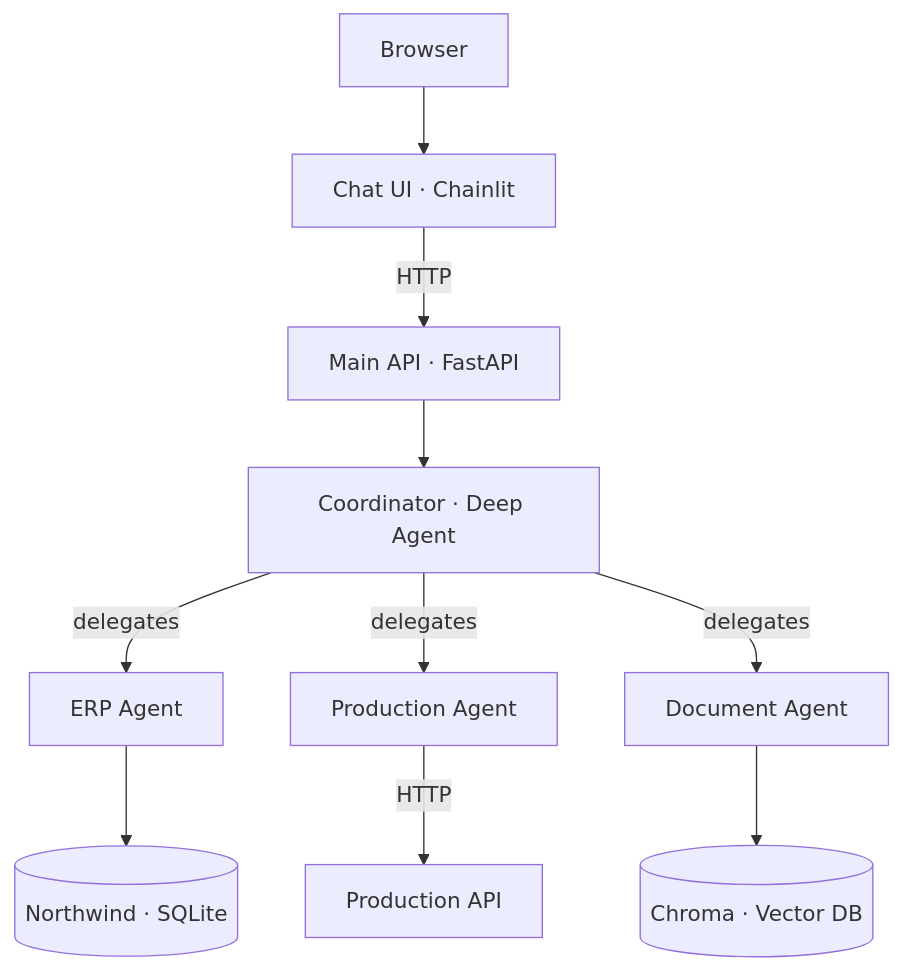
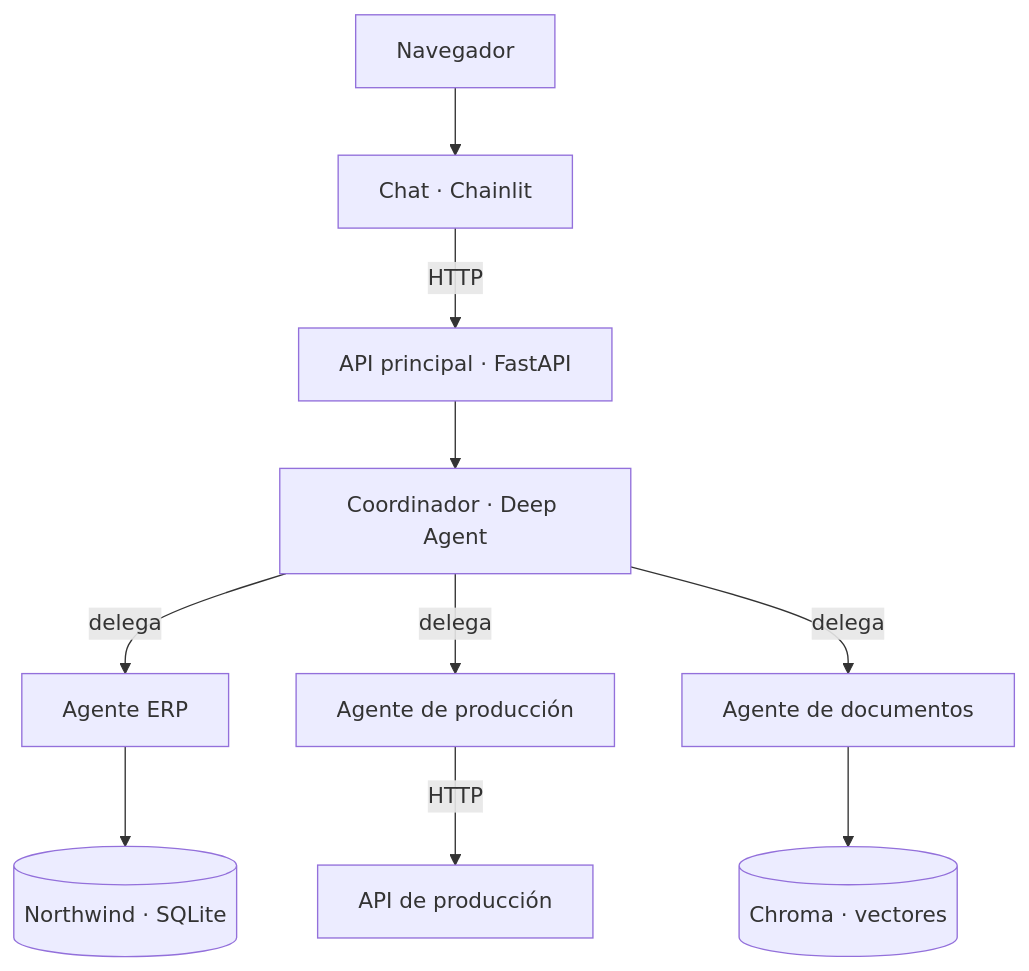
Before and after one commit to alexey-omelchuk/multi-agent-erp-rag-business-assistant: the diagram in README.md, drawn with Mermaid. The commit also changed other lines of this file and 28 other files, not shown here.

````diff
--- a/README.md
+++ b/README.md
@@ -104,12 +147,12 @@
 ```mermaid
 flowchart TD
-    U[Browser] --> UI[Chat UI · Chainlit]
-    UI -->|HTTP| API[Main API · FastAPI]
-    API --> C[Coordinator · Deep Agent]
-    C -->|delegates| E[ERP Agent]
-    C -->|delegates| P[Production Agent]
-    C -->|delegates| D[Document Agent]
+    U[Navegador] --> UI[Chat · Chainlit]
+    UI -->|HTTP| API[API principal · FastAPI]
+    API --> C[Coordinador · Deep Agent]
+    C -->|delega| E[Agente ERP]
+    C -->|delega| P[Agente de producción]
+    C -->|delega| D[Agente de documentos]
     E --> ERP[(Northwind · SQLite)]
-    P -->|HTTP| PROD[Production API]
-    D --> VEC[(Chroma · Vector DB)]
+    P -->|HTTP| PROD[API de producción]
+    D --> VEC[(Chroma · vectores)]
 ```
````
